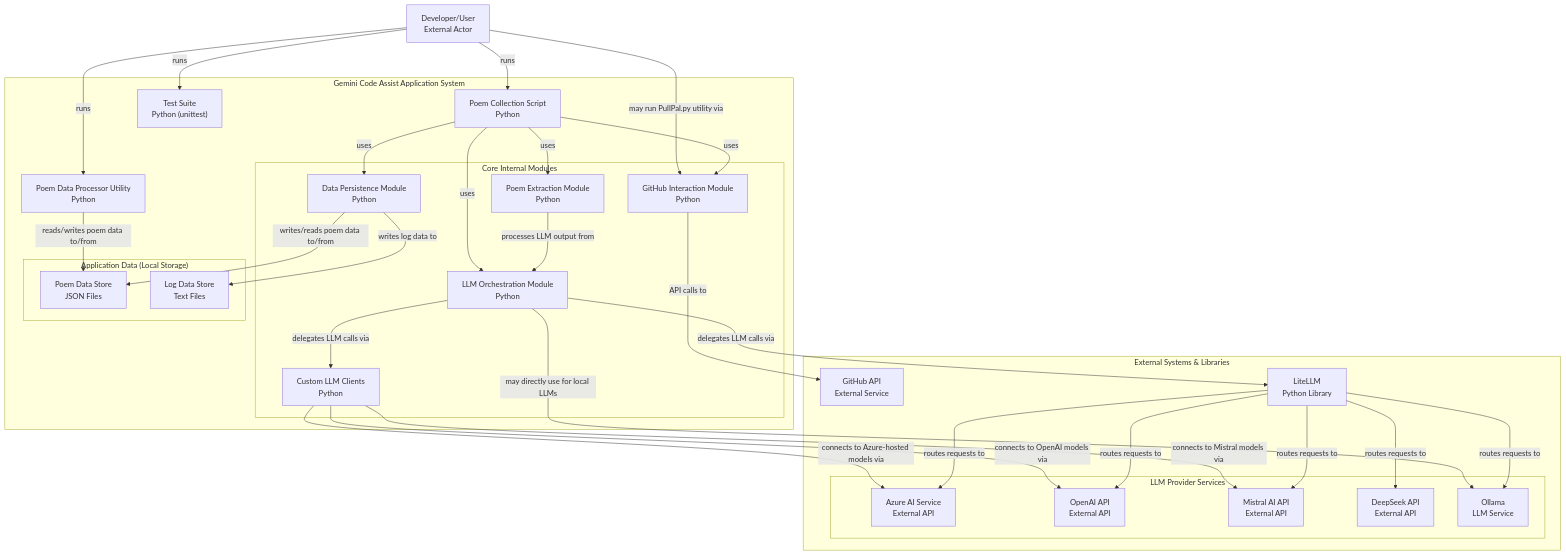
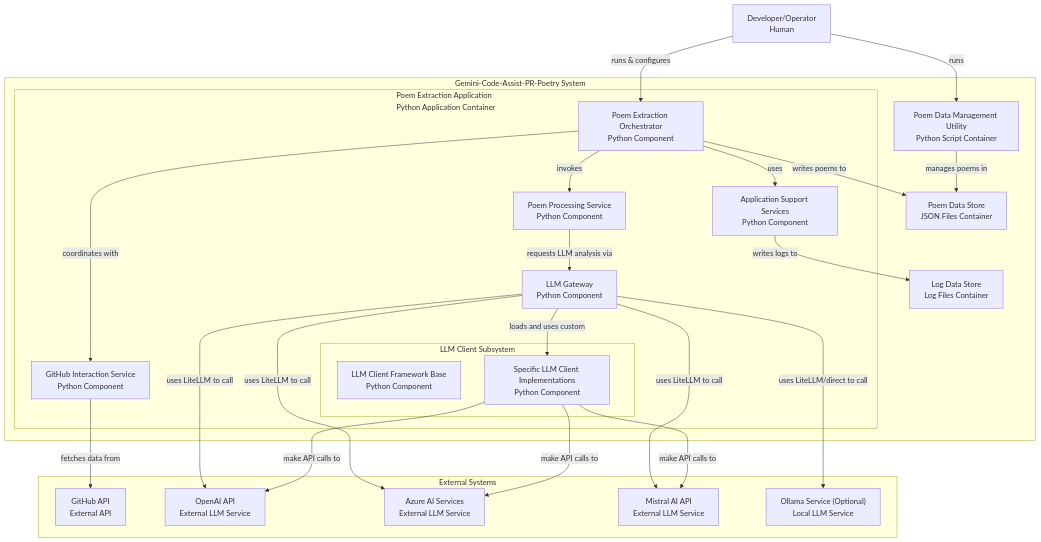
The diagram in docs/mermaid-diagrams/overview-full.md (TheRealFREDP3D/Gemini-Code-Assist-PR-Poetry), drawn with Mermaid before and after one commit. The commit also changed 7 other files, not shown here.

````diff
--- a/docs/mermaid-diagrams/overview-full.md
+++ b/docs/mermaid-diagrams/overview-full.md
@@ -1,60 +1,49 @@
 ```mermaid
 graph TD
 
-    2561["Developer/User<br>External Actor"]
-    subgraph 2556["External Systems & Libraries"]
-        2572["GitHub API<br>External Service"]
-        2573["LiteLLM<br>Python Library"]
-        subgraph 2557["LLM Provider Services"]
-            2574["Azure AI Service<br>External API"]
-            2575["OpenAI API<br>External API"]
-            2576["Mistral AI API<br>External API"]
-            2577["DeepSeek API<br>External API"]
-            2578["Ollama<br>LLM Service"]
+    1011["Developer/Operator<br>Human"]
+    subgraph 1007["External Systems"]
+        1022["GitHub API<br>External API"]
+        1023["OpenAI API<br>External LLM Service"]
+        1024["Azure AI Services<br>External LLM Service"]
+        1025["Mistral AI API<br>External LLM Service"]
+        1026["Ollama Service (Optional)<br>Local LLM Service"]
+    end
+    subgraph 1008["Gemini-Code-Assist-PR-Poetry System"]
+        1019["Poem Data Store<br>JSON Files Container"]
+        1020["Log Data Store<br>Log Files Container"]
+        1021["Poem Data Management Utility<br>Python Script Container"]
+        subgraph 1009["Poem Extraction Application<br>Python Application Container"]
+            1012["Poem Extraction Orchestrator<br>Python Component"]
+            1013["GitHub Interaction Service<br>Python Component"]
+            1014["LLM Gateway<br>Python Component"]
+            1017["Poem Processing Service<br>Python Component"]
+            1018["Application Support Services<br>Python Component"]
+            subgraph 1010["LLM Client Subsystem"]
+                1015["LLM Client Framework Base<br>Python Component"]
+                1016["Specific LLM Client Implementations<br>Python Component"]
+            end
+            %% Edges at this level (grouped by source)
+            1012["Poem Extraction Orchestrator<br>Python Component"] -->|coordinates with| 1013["GitHub Interaction Service<br>Python Component"]
+            1012["Poem Extraction Orchestrator<br>Python Component"] -->|invokes| 1017["Poem Processing Service<br>Python Component"]
+            1012["Poem Extraction Orchestrator<br>Python Component"] -->|uses| 1018["Application Support Services<br>Python Component"]
+            1017["Poem Processing Service<br>Python Component"] -->|requests LLM analysis via| 1014["LLM Gateway<br>Python Component"]
+            1014["LLM Gateway<br>Python Component"] -->|loads and uses custom| 1016["Specific LLM Client Implementations<br>Python Component"]
         end
         %% Edges at this level (grouped by source)
-        2573["LiteLLM<br>Python Library"] -->|routes requests to| 2574["Azure AI Service<br>External API"]
-        2573["LiteLLM<br>Python Library"] -->|routes requests to| 2575["OpenAI API<br>External API"]
-        2573["LiteLLM<br>Python Library"] -->|routes requests to| 2576["Mistral AI API<br>External API"]
-        2573["LiteLLM<br>Python Library"] -->|routes requests to| 2577["DeepSeek API<br>External API"]
-        2573["LiteLLM<br>Python Library"] -->|routes requests to| 2578["Ollama<br>LLM Service"]
-    end
-    subgraph 2558["Gemini Code Assist Application System"]
-        2562["Poem Collection Script<br>Python"]
-        2563["Poem Data Processor Utility<br>Python"]
-        2571["Test Suite<br>Python (unittest)"]
-        subgraph 2559["Application Data (Local Storage)"]
-            2569["Poem Data Store<br>JSON Files"]
-            2570["Log Data Store<br>Text Files"]
-        end
-        subgraph 2560["Core Internal Modules"]
-            2564["GitHub Interaction Module<br>Python"]
-            2565["LLM Orchestration Module<br>Python"]
-            2566["Custom LLM Clients<br>Python"]
-            2567["Poem Extraction Module<br>Python"]
-            2568["Data Persistence Module<br>Python"]
-            %% Edges at this level (grouped by source)
-            2567["Poem Extraction Module<br>Python"] -->|processes LLM output from| 2565["LLM Orchestration Module<br>Python"]
-            2565["LLM Orchestration Module<br>Python"] -->|delegates LLM calls via| 2566["Custom LLM Clients<br>Python"]
-        end
-        %% Edges at this level (grouped by source)
-        2563["Poem Data Processor Utility<br>Python"] -->|reads/writes poem data to/from| 2569["Poem Data Store<br>JSON Files"]
-        2562["Poem Collection Script<br>Python"] -->|uses| 2564["GitHub Interaction Module<br>Python"]
-        2562["Poem Collection Script<br>Python"] -->|uses| 2565["LLM Orchestration Module<br>Python"]
-        2562["Poem Collection Script<br>Python"] -->|uses| 2567["Poem Extraction Module<br>Python"]
-        2562["Poem Collection Script<br>Python"] -->|uses| 2568["Data Persistence Module<br>Python"]
-        2568["Data Persistence Module<br>Python"] -->|writes/reads poem data to/from| 2569["Poem Data Store<br>JSON Files"]
-        2568["Data Persistence Module<br>Python"] -->|writes log data to| 2570["Log Data Store<br>Text Files"]
+        1021["Poem Data Management Utility<br>Python Script Container"] -->|manages poems in| 1019["Poem Data Store<br>JSON Files Container"]
+        1012["Poem Extraction Orchestrator<br>Python Component"] -->|writes poems to| 1019["Poem Data Store<br>JSON Files Container"]
+        1018["Application Support Services<br>Python Component"] -->|writes logs to| 1020["Log Data Store<br>Log Files Container"]
     end
     %% Edges at this level (grouped by source)
-    2561["Developer/User<br>External Actor"] -->|runs| 2562["Poem Collection Script<br>Python"]
-    2561["Developer/User<br>External Actor"] -->|runs| 2563["Poem Data Processor Utility<br>Python"]
-    2561["Developer/User<br>External Actor"] -->|may run PullPal.py utility via| 2564["GitHub Interaction Module<br>Python"]
-    2561["Developer/User<br>External Actor"] -->|runs| 2571["Test Suite<br>Python (unittest)"]
-    2565["LLM Orchestration Module<br>Python"] -->|may directly use for local LLMs| 2578["Ollama<br>LLM Service"]
-    2565["LLM Orchestration Module<br>Python"] -->|delegates LLM calls via| 2573["LiteLLM<br>Python Library"]
-    2564["GitHub Interaction Module<br>Python"] -->|API calls to| 2572["GitHub API<br>External Service"]
-    2566["Custom LLM Clients<br>Python"] -->|connects to Azure-hosted models via| 2574["Azure AI Service<br>External API"]
-    2566["Custom LLM Clients<br>Python"] -->|connects to OpenAI models via| 2575["OpenAI API<br>External API"]
-    2566["Custom LLM Clients<br>Python"] -->|connects to Mistral models via| 2576["Mistral AI API<br>External API"]
+    1011["Developer/Operator<br>Human"] -->|runs & configures| 1012["Poem Extraction Orchestrator<br>Python Component"]
+    1011["Developer/Operator<br>Human"] -->|runs| 1021["Poem Data Management Utility<br>Python Script Container"]
+    1014["LLM Gateway<br>Python Component"] -->|uses LiteLLM to call| 1023["OpenAI API<br>External LLM Service"]
+    1014["LLM Gateway<br>Python Component"] -->|uses LiteLLM to call| 1024["Azure AI Services<br>External LLM Service"]
+    1014["LLM Gateway<br>Python Component"] -->|uses LiteLLM to call| 1025["Mistral AI API<br>External LLM Service"]
+    1014["LLM Gateway<br>Python Component"] -->|uses LiteLLM/direct to call| 1026["Ollama Service (Optional)<br>Local LLM Service"]
+    1013["GitHub Interaction Service<br>Python Component"] -->|fetches data from| 1022["GitHub API<br>External API"]
+    1016["Specific LLM Client Implementations<br>Python Component"] -->|make API calls to| 1023["OpenAI API<br>External LLM Service"]
+    1016["Specific LLM Client Implementations<br>Python Component"] -->|make API calls to| 1024["Azure AI Services<br>External LLM Service"]
+    1016["Specific LLM Client Implementations<br>Python Component"] -->|make API calls to| 1025["Mistral AI API<br>External LLM Service"]
 ```
````
